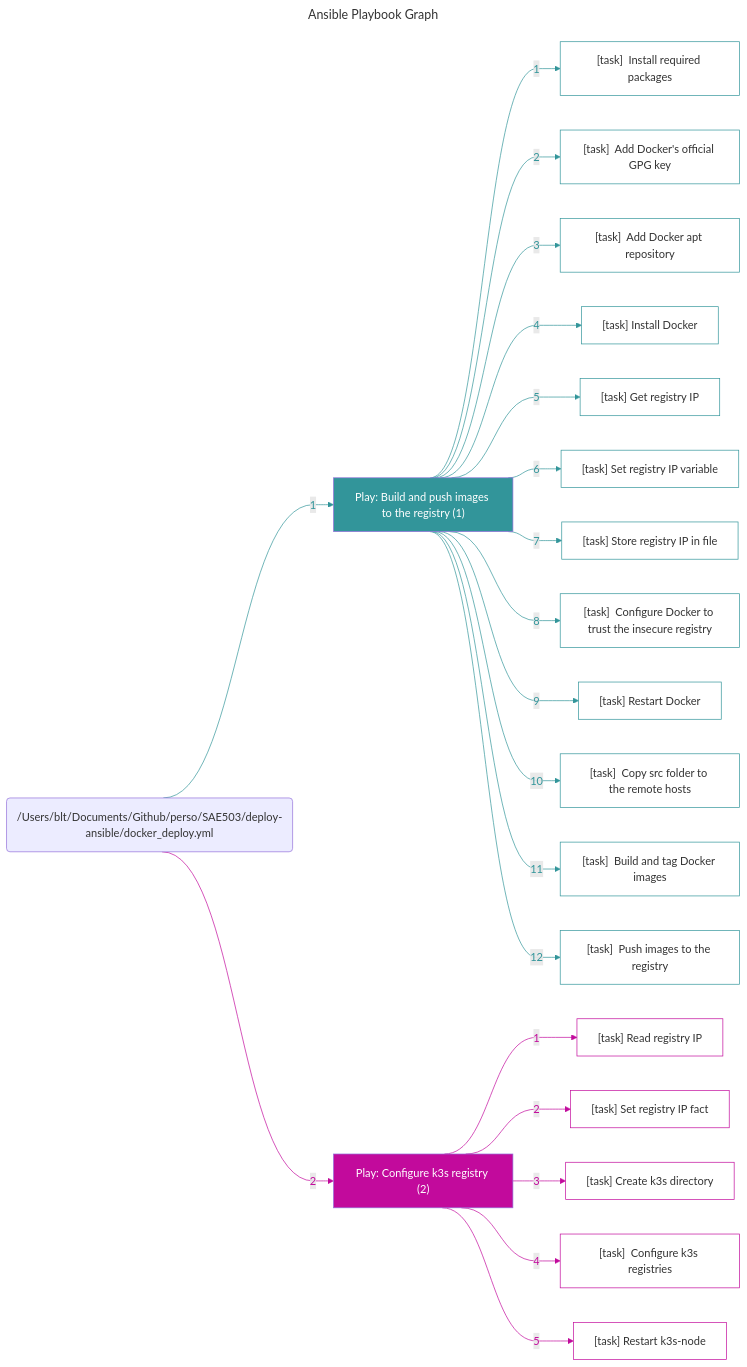
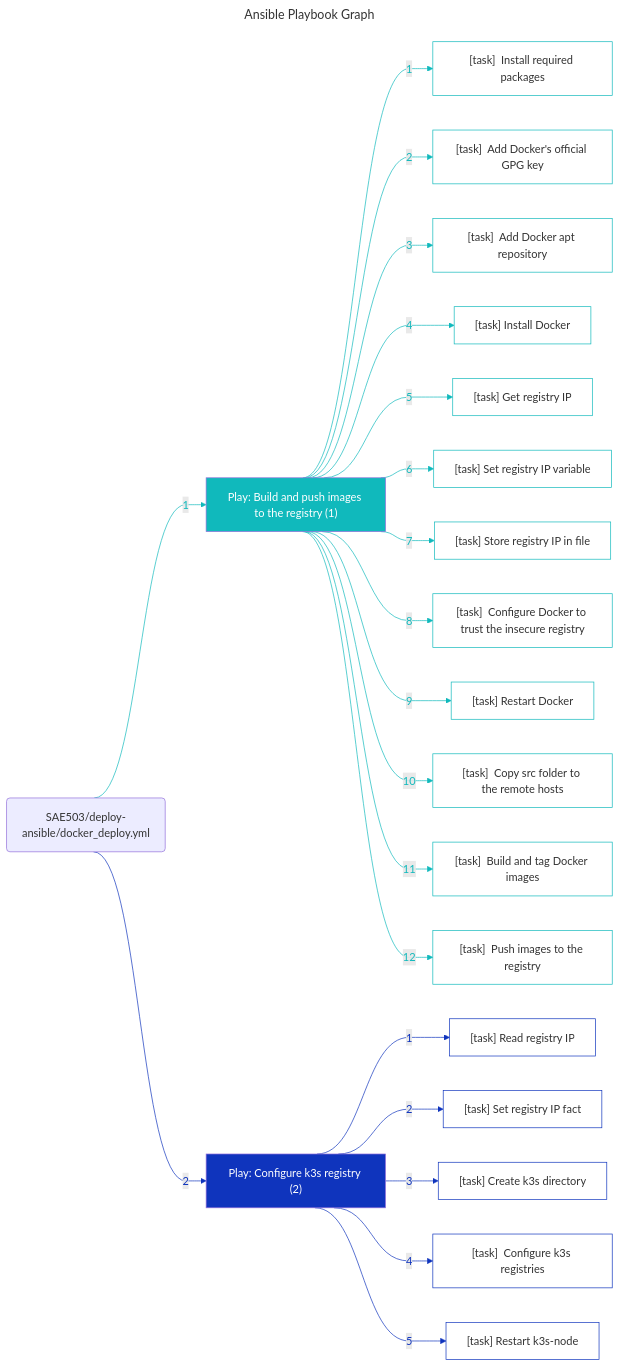
One commit to basilelt/SAE503 changed the diagram in graphs/docker_deploy.md. Above: the diagram before and after it, drawn with Mermaid. The commit also changed 3 other files, not shown here.

Commit message:
Update playbook graphs to remove hardcoded paths and enhance styling for better clarity

````diff
--- a/graphs/docker_deploy.md
+++ b/graphs/docker_deploy.md
@@ -4,88 +4,88 @@
 ---
 %%{ init: { "flowchart": { "curve": "bumpX" } } }%%
 flowchart LR
-	%% Start of the playbook '/Users/blt/Documents/Github/perso/SAE503/deploy-ansible/docker_deploy.yml'
-	playbook_21aad8c7("/Users/blt/Documents/Github/perso/SAE503/deploy-ansible/docker_deploy.yml")
+	%% Start of the playbook 'SAE503/deploy-ansible/docker_deploy.yml'
+	playbook_81ffe50b("SAE503/deploy-ansible/docker_deploy.yml")
 		%% Start of the play 'Play: Build and push images to the registry (1)'
-		play_e12b4ac8["Play: Build and push images to the registry (1)"]
-		style play_e12b4ac8 fill:#32959a,color:#ffffff
-		playbook_21aad8c7 --> |"1"| play_e12b4ac8
-		linkStyle 0 stroke:#32959a,color:#32959a
-			task_486dcc05["[task]  Install required packages"]
-			style task_486dcc05 stroke:#32959a,fill:#ffffff
-			play_e12b4ac8 --> |"1"| task_486dcc05
-			linkStyle 1 stroke:#32959a,color:#32959a
-			task_8358141e["[task]  Add Docker's official GPG key"]
-			style task_8358141e stroke:#32959a,fill:#ffffff
-			play_e12b4ac8 --> |"2"| task_8358141e
-			linkStyle 2 stroke:#32959a,color:#32959a
-			task_739c03c1["[task]  Add Docker apt repository"]
-			style task_739c03c1 stroke:#32959a,fill:#ffffff
-			play_e12b4ac8 --> |"3"| task_739c03c1
-			linkStyle 3 stroke:#32959a,color:#32959a
-			task_8134d0fb["[task]  Install Docker"]
-			style task_8134d0fb stroke:#32959a,fill:#ffffff
-			play_e12b4ac8 --> |"4"| task_8134d0fb
-			linkStyle 4 stroke:#32959a,color:#32959a
-			task_bc0c13fb["[task]  Get registry IP"]
-			style task_bc0c13fb stroke:#32959a,fill:#ffffff
-			play_e12b4ac8 --> |"5"| task_bc0c13fb
-			linkStyle 5 stroke:#32959a,color:#32959a
-			task_e84d2dab["[task]  Set registry IP variable"]
-			style task_e84d2dab stroke:#32959a,fill:#ffffff
-			play_e12b4ac8 --> |"6"| task_e84d2dab
-			linkStyle 6 stroke:#32959a,color:#32959a
-			task_65212d61["[task]  Store registry IP in file"]
-			style task_65212d61 stroke:#32959a,fill:#ffffff
-			play_e12b4ac8 --> |"7"| task_65212d61
-			linkStyle 7 stroke:#32959a,color:#32959a
-			task_e5deec6c["[task]  Configure Docker to trust the insecure registry"]
-			style task_e5deec6c stroke:#32959a,fill:#ffffff
-			play_e12b4ac8 --> |"8"| task_e5deec6c
-			linkStyle 8 stroke:#32959a,color:#32959a
-			task_d550e2f1["[task]  Restart Docker"]
-			style task_d550e2f1 stroke:#32959a,fill:#ffffff
-			play_e12b4ac8 --> |"9"| task_d550e2f1
-			linkStyle 9 stroke:#32959a,color:#32959a
-			task_8b24dce5["[task]  Copy src folder to the remote hosts"]
-			style task_8b24dce5 stroke:#32959a,fill:#ffffff
-			play_e12b4ac8 --> |"10"| task_8b24dce5
-			linkStyle 10 stroke:#32959a,color:#32959a
-			task_ab10f4f8["[task]  Build and tag Docker images"]
-			style task_ab10f4f8 stroke:#32959a,fill:#ffffff
-			play_e12b4ac8 --> |"11"| task_ab10f4f8
-			linkStyle 11 stroke:#32959a,color:#32959a
-			task_9ba6f58d["[task]  Push images to the registry"]
-			style task_9ba6f58d stroke:#32959a,fill:#ffffff
-			play_e12b4ac8 --> |"12"| task_9ba6f58d
-			linkStyle 12 stroke:#32959a,color:#32959a
+		play_b04e74b4["Play: Build and push images to the registry (1)"]
+		style play_b04e74b4 fill:#10b9bc,color:#ffffff
+		playbook_81ffe50b --> |"1"| play_b04e74b4
+		linkStyle 0 stroke:#10b9bc,color:#10b9bc
+			task_24f228d4["[task]  Install required packages"]
+			style task_24f228d4 stroke:#10b9bc,fill:#ffffff
+			play_b04e74b4 --> |"1"| task_24f228d4
+			linkStyle 1 stroke:#10b9bc,color:#10b9bc
+			task_50dfb526["[task]  Add Docker's official GPG key"]
+			style task_50dfb526 stroke:#10b9bc,fill:#ffffff
+			play_b04e74b4 --> |"2"| task_50dfb526
+			linkStyle 2 stroke:#10b9bc,color:#10b9bc
+			task_038b3260["[task]  Add Docker apt repository"]
+			style task_038b3260 stroke:#10b9bc,fill:#ffffff
+			play_b04e74b4 --> |"3"| task_038b3260
+			linkStyle 3 stroke:#10b9bc,color:#10b9bc
+			task_4c750c2f["[task]  Install Docker"]
+			style task_4c750c2f stroke:#10b9bc,fill:#ffffff
+			play_b04e74b4 --> |"4"| task_4c750c2f
+			linkStyle 4 stroke:#10b9bc,color:#10b9bc
+			task_6a562b3a["[task]  Get registry IP"]
+			style task_6a562b3a stroke:#10b9bc,fill:#ffffff
+			play_b04e74b4 --> |"5"| task_6a562b3a
+			linkStyle 5 stroke:#10b9bc,color:#10b9bc
+			task_c9112355["[task]  Set registry IP variable"]
+			style task_c9112355 stroke:#10b9bc,fill:#ffffff
+			play_b04e74b4 --> |"6"| task_c9112355
+			linkStyle 6 stroke:#10b9bc,color:#10b9bc
+			task_081a0239["[task]  Store registry IP in file"]
+			style task_081a0239 stroke:#10b9bc,fill:#ffffff
+			play_b04e74b4 --> |"7"| task_081a0239
+			linkStyle 7 stroke:#10b9bc,color:#10b9bc
+			task_7d2da0a9["[task]  Configure Docker to trust the insecure registry"]
+			style task_7d2da0a9 stroke:#10b9bc,fill:#ffffff
+			play_b04e74b4 --> |"8"| task_7d2da0a9
+			linkStyle 8 stroke:#10b9bc,color:#10b9bc
+			task_7c7b9c8c["[task]  Restart Docker"]
+			style task_7c7b9c8c stroke:#10b9bc,fill:#ffffff
+			play_b04e74b4 --> |"9"| task_7c7b9c8c
+			linkStyle 9 stroke:#10b9bc,color:#10b9bc
+			task_080e2674["[task]  Copy src folder to the remote hosts"]
+			style task_080e2674 stroke:#10b9bc,fill:#ffffff
+			play_b04e74b4 --> |"10"| task_080e2674
+			linkStyle 10 stroke:#10b9bc,color:#10b9bc
+			task_3a312831["[task]  Build and tag Docker images"]
+			style task_3a312831 stroke:#10b9bc,fill:#ffffff
+			play_b04e74b4 --> |"11"| task_3a312831
+			linkStyle 11 stroke:#10b9bc,color:#10b9bc
+			task_3f13b4e8["[task]  Push images to the registry"]
+			style task_3f13b4e8 stroke:#10b9bc,fill:#ffffff
+			play_b04e74b4 --> |"12"| task_3f13b4e8
+			linkStyle 12 stroke:#10b9bc,color:#10b9bc
 		%% End of the play 'Play: Build and push images to the registry (1)'
 		%% Start of the play 'Play: Configure k3s registry (2)'
-		play_0c5cbf8c["Play: Configure k3s registry (2)"]
-		style play_0c5cbf8c fill:#c20a9c,color:#ffffff
-		playbook_21aad8c7 --> |"2"| play_0c5cbf8c
-		linkStyle 13 stroke:#c20a9c,color:#c20a9c
-			task_37f7c7fa["[task]  Read registry IP"]
-			style task_37f7c7fa stroke:#c20a9c,fill:#ffffff
-			play_0c5cbf8c --> |"1"| task_37f7c7fa
-			linkStyle 14 stroke:#c20a9c,color:#c20a9c
-			task_4880eb2e["[task]  Set registry IP fact"]
-			style task_4880eb2e stroke:#c20a9c,fill:#ffffff
-			play_0c5cbf8c --> |"2"| task_4880eb2e
-			linkStyle 15 stroke:#c20a9c,color:#c20a9c
-			task_513864c1["[task]  Create k3s directory"]
-			style task_513864c1 stroke:#c20a9c,fill:#ffffff
-			play_0c5cbf8c --> |"3"| task_513864c1
-			linkStyle 16 stroke:#c20a9c,color:#c20a9c
-			task_afb11225["[task]  Configure k3s registries"]
-			style task_afb11225 stroke:#c20a9c,fill:#ffffff
-			play_0c5cbf8c --> |"4"| task_afb11225
-			linkStyle 17 stroke:#c20a9c,color:#c20a9c
-			task_1eceaf48["[task]  Restart k3s-node"]
-			style task_1eceaf48 stroke:#c20a9c,fill:#ffffff
-			play_0c5cbf8c --> |"5"| task_1eceaf48
-			linkStyle 18 stroke:#c20a9c,color:#c20a9c
+		play_8bdd2cf0["Play: Configure k3s registry (2)"]
+		style play_8bdd2cf0 fill:#0f34bd,color:#ffffff
+		playbook_81ffe50b --> |"2"| play_8bdd2cf0
+		linkStyle 13 stroke:#0f34bd,color:#0f34bd
+			task_89eb7503["[task]  Read registry IP"]
+			style task_89eb7503 stroke:#0f34bd,fill:#ffffff
+			play_8bdd2cf0 --> |"1"| task_89eb7503
+			linkStyle 14 stroke:#0f34bd,color:#0f34bd
+			task_228f048f["[task]  Set registry IP fact"]
+			style task_228f048f stroke:#0f34bd,fill:#ffffff
+			play_8bdd2cf0 --> |"2"| task_228f048f
+			linkStyle 15 stroke:#0f34bd,color:#0f34bd
+			task_a4bc49f6["[task]  Create k3s directory"]
+			style task_a4bc49f6 stroke:#0f34bd,fill:#ffffff
+			play_8bdd2cf0 --> |"3"| task_a4bc49f6
+			linkStyle 16 stroke:#0f34bd,color:#0f34bd
+			task_0db0200b["[task]  Configure k3s registries"]
+			style task_0db0200b stroke:#0f34bd,fill:#ffffff
+			play_8bdd2cf0 --> |"4"| task_0db0200b
+			linkStyle 17 stroke:#0f34bd,color:#0f34bd
+			task_284a978c["[task]  Restart k3s-node"]
+			style task_284a978c stroke:#0f34bd,fill:#ffffff
+			play_8bdd2cf0 --> |"5"| task_284a978c
+			linkStyle 18 stroke:#0f34bd,color:#0f34bd
 		%% End of the play 'Play: Configure k3s registry (2)'
-	%% End of the playbook '/Users/blt/Documents/Github/perso/SAE503/deploy-ansible/docker_deploy.yml'
+	%% End of the playbook 'SAE503/deploy-ansible/docker_deploy.yml'
 
 ```
````
